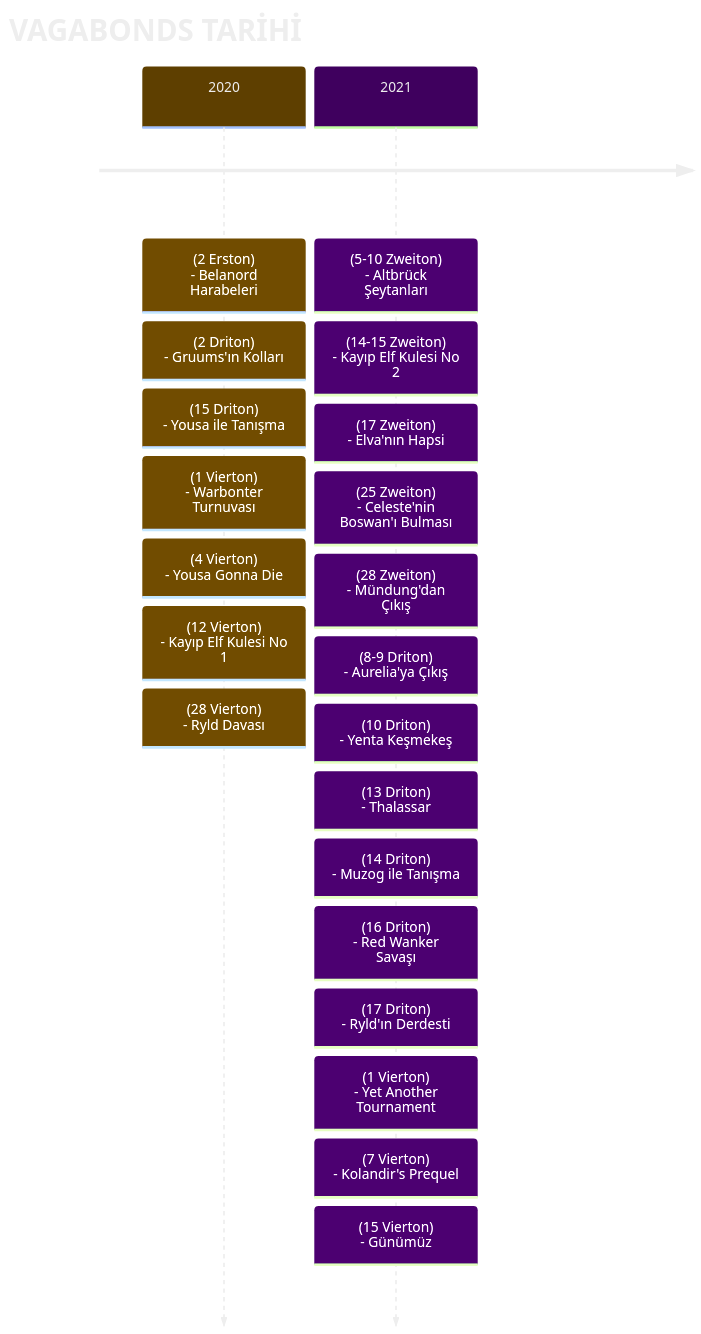
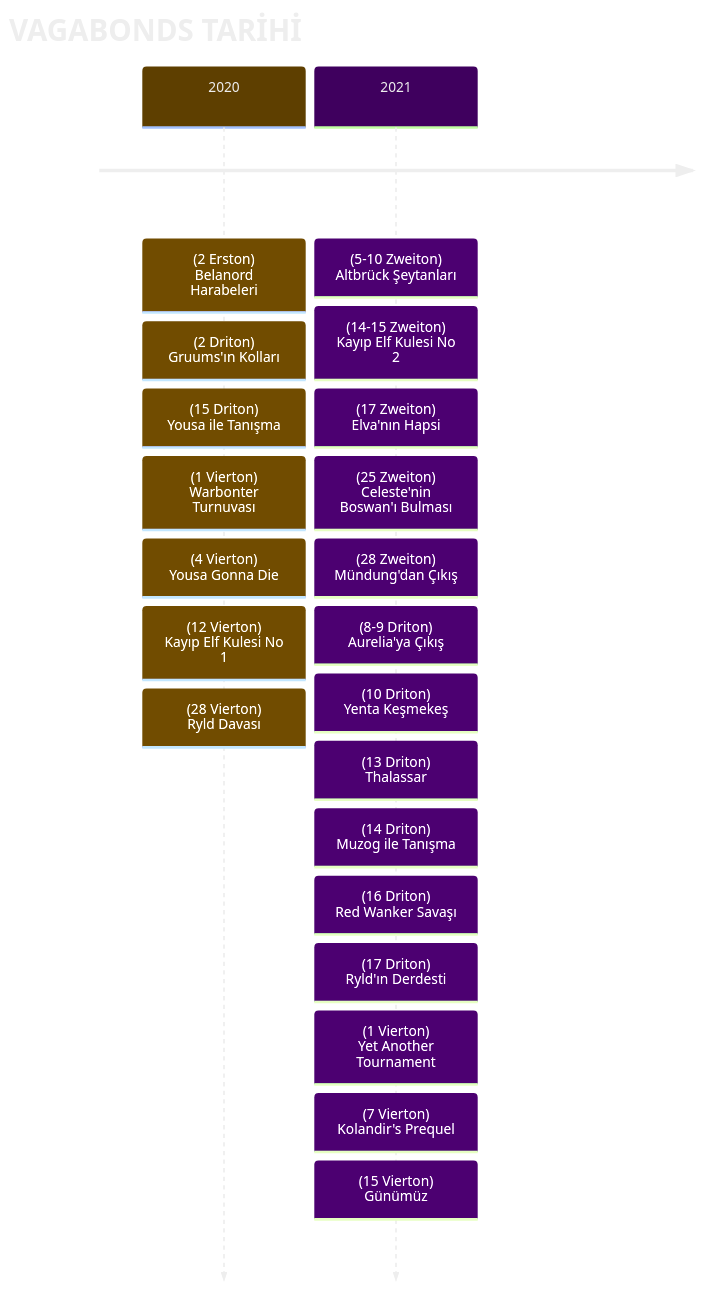
Before and after one commit to Karabibik/gnomeunintikami: the diagram in docs/Özel İçerik/History of Vagabonds.md, drawn with Mermaid. The commit also changed 110 other files, not shown here.

````diff
--- a/docs/Özel İçerik/History of Vagabonds.md
+++ b/docs/Özel İçerik/History of Vagabonds.md
@@ -1,28 +1,28 @@
 ``` mermaid  
 %%{ init: { 'theme': 'base', 'themeVariables': {'darkMode':'true'}} }%%  
 timeline  
 	title VAGABONDS TARİHİ  
 		2020  
-			: (2 Erston)<br>- Belanord Harabeleri  
-			: (2 Driton)<br>- Gruums'ın Kolları  
-			: (15 Driton)<br>- Yousa ile Tanışma  
-			: (1 Vierton)<br>- Warbonter Turnuvası  
-			: (4 Vierton)<br>- Yousa Gonna Die  
-			: (12 Vierton)<br>- Kayıp Elf Kulesi No 1  
-			: (28 Vierton)<br>- Ryld Davası  
+			: (2 Erston)<br>Belanord Harabeleri  
+			: (2 Driton)<br>Gruums'ın Kolları  
+			: (15 Driton)<br>Yousa ile Tanışma  
+			: (1 Vierton)<br>Warbonter Turnuvası  
+			: (4 Vierton)<br>Yousa Gonna Die  
+			: (12 Vierton)<br>Kayıp Elf Kulesi No 1  
+			: (28 Vierton)<br>Ryld Davası  
 		2021  
-			: (5-10 Zweiton)<br>- Altbrück Şeytanları  
-			: (14-15 Zweiton)<br>- Kayıp Elf Kulesi No 2  
-			: (17 Zweiton)<br>- Elva'nın Hapsi  
-			: (25 Zweiton)<br>- Celeste'nin Boswan'ı Bulması  
-			: (28 Zweiton)<br>- Mündung'dan Çıkış  
-			: (8-9 Driton)<br>- Aurelia'ya Çıkış  
-			: (10 Driton)<br>- Yenta Keşmekeş  
-			: (13 Driton)<br>- Thalassar  
-			: (14 Driton)<br>- Muzog ile Tanışma  
-			: (16 Driton)<br>- Red Wanker Savaşı  
-			: (17 Driton)<br>- Ryld'ın Derdesti  
-			: (1 Vierton)<br>- Yet Another Tournament  
-			: (7 Vierton)<br>- Kolandir's Prequel  
-			: (15 Vierton)<br>- Günümüz  
+			: (5-10 Zweiton)<br>Altbrück Şeytanları  
+			: (14-15 Zweiton)<br>Kayıp Elf Kulesi No 2  
+			: (17 Zweiton)<br>Elva'nın Hapsi  
+			: (25 Zweiton)<br>Celeste'nin Boswan'ı Bulması  
+			: (28 Zweiton)<br>Mündung'dan Çıkış  
+			: (8-9 Driton)<br>Aurelia'ya Çıkış  
+			: (10 Driton)<br>Yenta Keşmekeş  
+			: (13 Driton)<br>Thalassar  
+			: (14 Driton)<br>Muzog ile Tanışma  
+			: (16 Driton)<br>Red Wanker Savaşı  
+			: (17 Driton)<br>Ryld'ın Derdesti  
+			: (1 Vierton)<br>Yet Another Tournament  
+			: (7 Vierton)<br>Kolandir's Prequel  
+			: (15 Vierton)<br>Günümüz  
 ```
````
